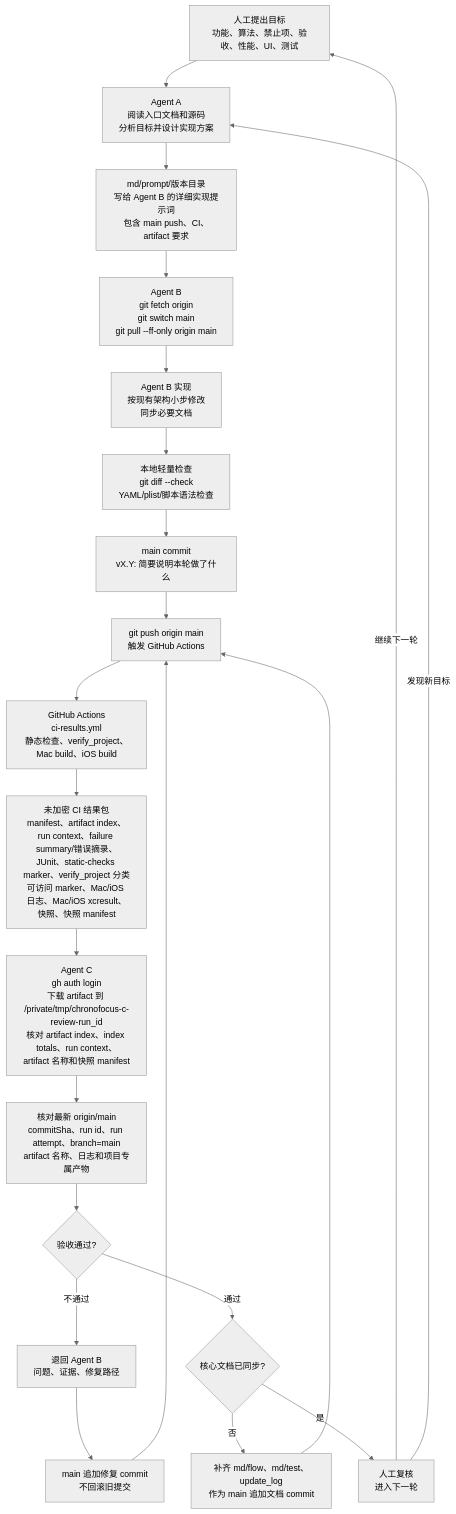
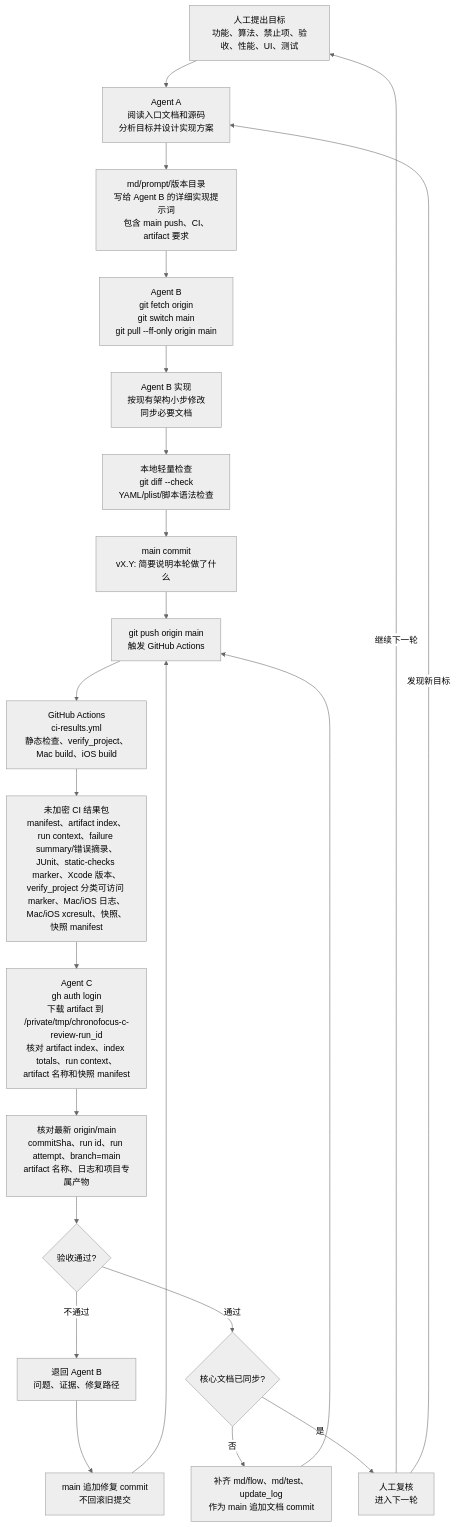
Before and after one commit to Altman-sam114/114: the fifth of 6 diagrams in md/flow/flowchart.md, drawn with Mermaid (neutral theme). The commit also changed other lines of this file and 7 other files, not shown here.

````diff
--- a/md/flow/flowchart.md
+++ b/md/flow/flowchart.md
@@ -102,24 +102,24 @@
 ```mermaid
 flowchart TD
   H["人工提出目标<br/>功能、算法、禁止项、验收、性能、UI、测试"] --> A["Agent A<br/>阅读入口文档和源码<br/>分析目标并设计实现方案"]
   A --> P["md/prompt/版本目录<br/>写给 Agent B 的详细实现提示词<br/>包含 main push、CI、artifact 要求"]
   P --> B0["Agent B<br/>git fetch origin<br/>git switch main<br/>git pull --ff-only origin main"]
   B0 --> B1["Agent B 实现<br/>按现有架构小步修改<br/>同步必要文档"]
   B1 --> L["本地轻量检查<br/>git diff --check<br/>YAML/plist/脚本语法检查"]
   L --> G["main commit<br/>vX.Y: 简要说明本轮做了什么"]
   G --> PUSH["git push origin main<br/>触发 GitHub Actions"]
   PUSH --> CI["GitHub Actions<br/>ci-results.yml<br/>静态检查、verify_project、Mac build、iOS build"]
-  CI --> ART["未加密 CI 结果包<br/>manifest、artifact index、run context、failure summary/错误摘录、JUnit、static-checks marker、verify_project 分类可访问 marker、Mac/iOS 日志、Mac/iOS xcresult、快照、快照 manifest"]
+  CI --> ART["未加密 CI 结果包<br/>manifest、artifact index、run context、failure summary/错误摘录、JUnit、static-checks marker、Xcode 版本、verify_project 分类可访问 marker、Mac/iOS 日志、Mac/iOS xcresult、快照、快照 manifest"]
   ART --> C["Agent C<br/>gh auth login<br/>下载 artifact 到 /private/tmp/chronofocus-c-review-run_id<br/>核对 artifact index、index totals、run context、artifact 名称和快照 manifest"]
   C --> V["核对最新 origin/main<br/>commitSha、run id、run attempt、branch=main<br/>artifact 名称、日志和项目专属产物"]
   V --> PASS{"验收通过?"}
   PASS -->|不通过| BACK["退回 Agent B<br/>问题、证据、修复路径"]
   BACK --> FIX["main 追加修复 commit<br/>不回滚旧提交"]
   FIX --> PUSH
   PASS -->|通过| DOC{"核心文档已同步?"}
   DOC -->|否| D["补齐 md/flow、md/test、update_log<br/>作为 main 追加文档 commit"]
   D --> PUSH
   DOC -->|是| J["人工复核<br/>进入下一轮"]
   J -->|继续下一轮| H
   J -->|发现新目标| A
 ```
````
